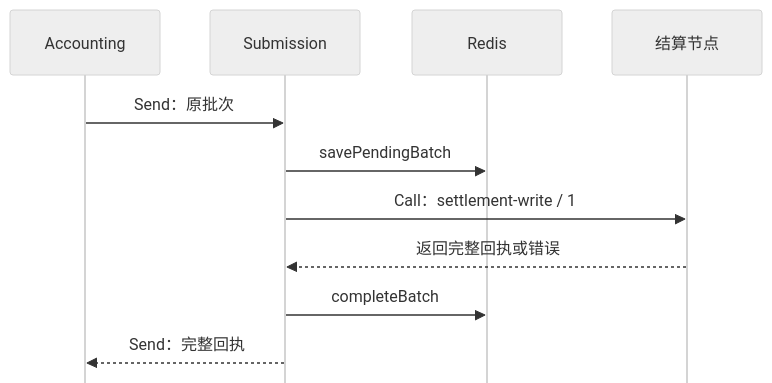
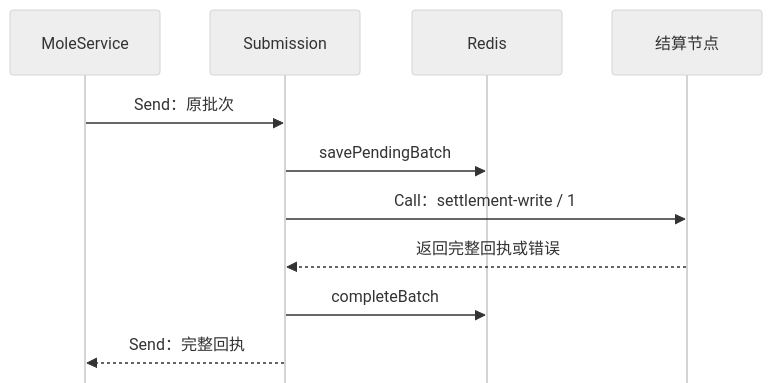
The second of 2 diagrams in docs/DESIGN.md (cnooljaw/gsrdemo), drawn with Mermaid before and after one commit. The commit also changed other lines of this file and 33 other files, not shown here.

````diff
--- a/docs/DESIGN.md
+++ b/docs/DESIGN.md
@@ -171,14 +165,14 @@
 ```mermaid
 %%{init: {"theme":"neutral","sequence":{"mirrorActors":false}}}%%
 sequenceDiagram
-    participant A as Accounting
+    participant A as MoleService
     participant S as Submission
     participant R as Redis
     participant C as 结算节点
     A->>S: Send：原批次
     S->>R: savePendingBatch
     S->>C: Call：settlement-write / 1
     C-->>S: 返回完整回执或错误
     S->>R: completeBatch
     S-->>A: Send：完整回执
 ```
````
